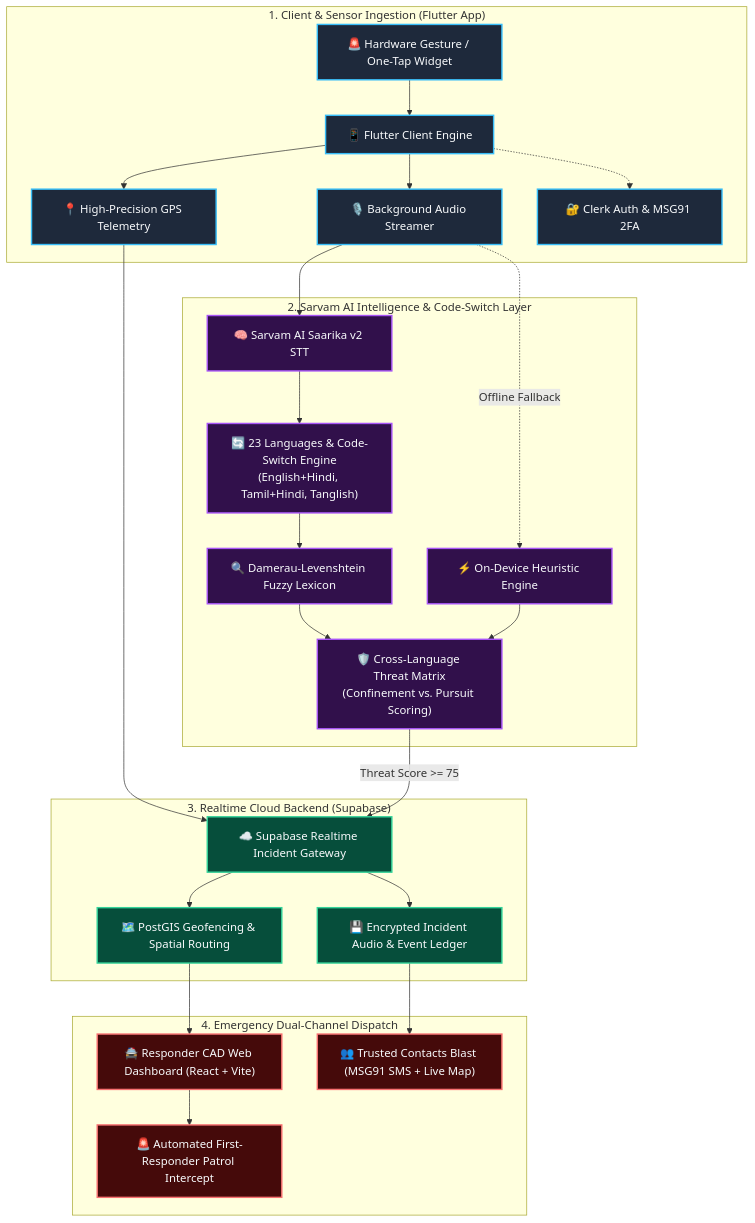
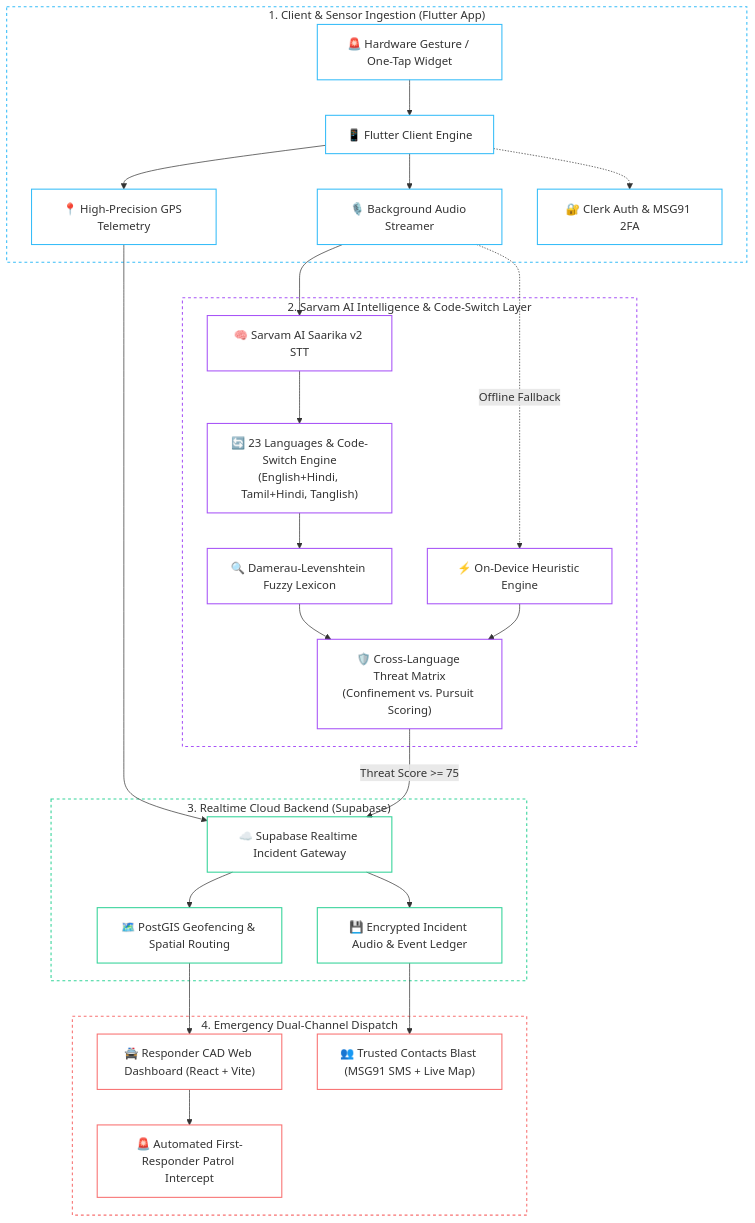
One commit to DharoonBalajii/ai-women-safety changed the diagram in README.md. Above: the diagram before and after it, drawn with Mermaid.

Commit message:
Refactor system architecture diagram styles
Updated the styling of the system architecture diagram in the README.

````diff
--- a/README.md
+++ b/README.md
@@ -207,41 +207,46 @@
 ```mermaid
 flowchart TD
-    classDef client fill:#1e293b,stroke:#38bdf8,stroke-width:2px,color:#f8fafc;
-    classDef ai fill:#31104b,stroke:#a855f7,stroke-width:2px,color:#f8fafc;
-    classDef backend fill:#064e3b,stroke:#34d399,stroke-width:2px,color:#f8fafc;
-    classDef dispatch fill:#450a0a,stroke:#f87171,stroke-width:2px,color:#f8fafc;
+    classDef client fill:none,stroke:#38bdf8,stroke-width:1.5px;
+    classDef ai fill:none,stroke:#a855f7,stroke-width:1.5px;
+    classDef backend fill:none,stroke:#34d399,stroke-width:1.5px;
+    classDef dispatch fill:none,stroke:#f87171,stroke-width:1.5px;
 
     subgraph S1 ["1. Client & Sensor Ingestion (Flutter App)"]
         A["🚨 Hardware Gesture / One-Tap Widget"] --> B["📱 Flutter Client Engine"]
         B --> C["📍 High-Precision GPS Telemetry"]
         B --> D["🎙️ Background Audio Streamer"]
         B -.-> E["🔐 Clerk Auth & MSG91 2FA"]
     end
 
     subgraph S2 ["2. Sarvam AI Intelligence & Code-Switch Layer"]
         D --> F["🧠 Sarvam AI Saarika v2 STT"]
         F --> G["🔄 23 Languages & Code-Switch Engine\n(English+Hindi, Tamil+Hindi, Tanglish)"]
         G --> H["🔍 Damerau-Levenshtein Fuzzy Lexicon"]
         H --> I["🛡️ Cross-Language Threat Matrix\n(Confinement vs. Pursuit Scoring)"]
         D -.->|Offline Fallback| J["⚡ On-Device Heuristic Engine"]
         J --> I
     end
 
     subgraph S3 ["3. Realtime Cloud Backend (Supabase)"]
         C --> K["☁️ Supabase Realtime Incident Gateway"]
         I -->|Threat Score >= 75| K
         K --> L["🗺️ PostGIS Geofencing & Spatial Routing"]
         K --> M["💾 Encrypted Incident Audio & Event Ledger"]
     end
 
     subgraph S4 ["4. Emergency Dual-Channel Dispatch"]
         L --> N["🚔 Responder CAD Web Dashboard (React + Vite)"]
         M --> O["👥 Trusted Contacts Blast (MSG91 SMS + Live Map)"]
         N --> P["🚨 Automated First-Responder Patrol Intercept"]
     end
 
     class A,B,C,D,E client;
     class F,G,H,I,J ai;
     class K,L,M backend;
     class N,O,P dispatch;
+
+    style S1 fill:none,stroke:#38bdf8,stroke-width:1.5px,stroke-dasharray: 4 4
+    style S2 fill:none,stroke:#a855f7,stroke-width:1.5px,stroke-dasharray: 4 4
+    style S3 fill:none,stroke:#34d399,stroke-width:1.5px,stroke-dasharray: 4 4
+    style S4 fill:none,stroke:#f87171,stroke-width:1.5px,stroke-dasharray: 4 4
 ```
````
